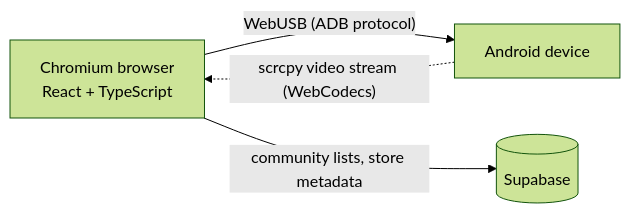
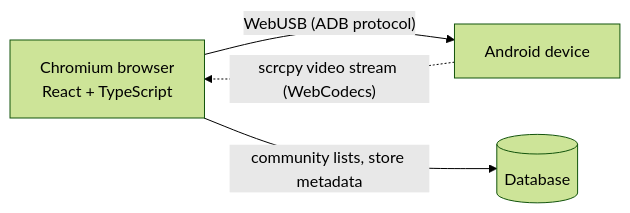
The diagram in README.md (standardbus/adbzero), drawn with Mermaid (forest theme) before and after one commit. The commit also changed other lines of this file, not shown here.

Commit message:
docs: refer to the backend data layer as 'database' instead of naming the vendor

````diff
--- a/README.md
+++ b/README.md
@@ -100,6 +100,6 @@
 ```mermaid
 flowchart LR
   B["Chromium browser<br/>React + TypeScript"] -- "WebUSB (ADB protocol)" --> D["Android device"]
   D -. "scrcpy video stream (WebCodecs)" .-> B
-  B -- "community lists, store metadata" --> S[("Supabase")]
+  B -- "community lists, store metadata" --> S[("Database")]
 ```
````
